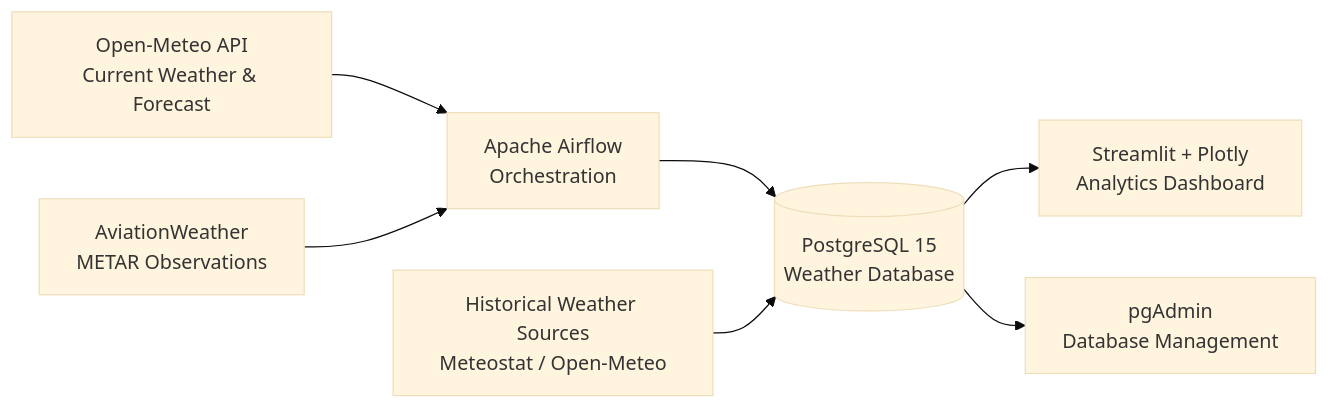
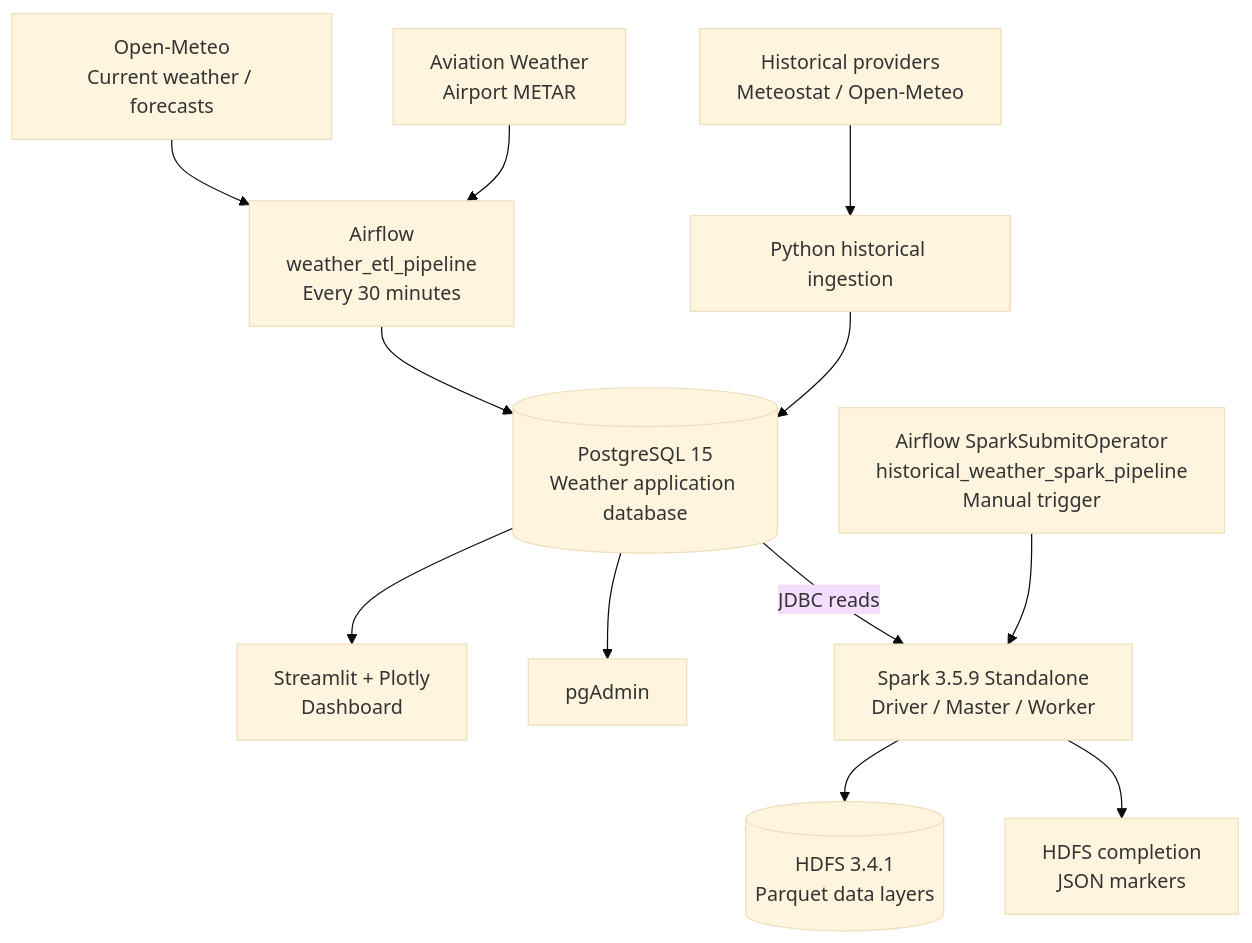
The first of 2 diagrams in README.md (Avdatek5003/Weather-Data-Engineering-Platform), drawn with Mermaid (base theme) before and after one commit. The commit also changed other lines of this file and 3 other files, not shown here.

Commit message:
docs: finalize project README and harden Spark Airflow configuration

````diff
--- a/README.md
+++ b/README.md
@@ -40,23 +50,28 @@
 ```mermaid
-flowchart LR
+flowchart TB
+    OM["Open-Meteo<br/>Current weather / forecasts"]
+    METAR["Aviation Weather<br/>Airport METAR"]
+    HIST["Historical providers<br/>Meteostat / Open-Meteo"]
 
-    OM["Open-Meteo API<br/>Current Weather & Forecast"]
-    METAR["AviationWeather<br/>METAR Observations"]
-    HIST["Historical Weather Sources<br/>Meteostat / Open-Meteo"]
+    ING["Airflow<br/>weather_etl_pipeline<br/>Every 30 minutes"]
+    HISTING["Python historical ingestion"]
+    PG[("PostgreSQL 15<br/>Weather application database")]
+    DASH["Streamlit + Plotly<br/>Dashboard"]
+    ADMIN["pgAdmin"]
 
-    AF["Apache Airflow<br/>Orchestration"]
+    BATCH["Airflow SparkSubmitOperator<br/>historical_weather_spark_pipeline<br/>Manual trigger"]
+    SPARK["Spark 3.5.9 Standalone<br/>Driver / Master / Worker"]
+    LAKE[("HDFS 3.4.1<br/>Parquet data layers")]
+    DONE["HDFS completion<br/>JSON markers"]
 
-    PG[("PostgreSQL 15<br/>Weather Database")]
-
-    ST["Streamlit + Plotly<br/>Analytics Dashboard"]
-    PA["pgAdmin<br/>Database Management"]
-
-    OM --> AF
-    METAR --> AF
-
-    AF --> PG
-    HIST --> PG
-
-    PG --> ST
-    PG --> PA
+    OM --> ING
+    METAR --> ING
+    ING --> PG
+    HIST --> HISTING --> PG
+    PG --> DASH
+    PG --> ADMIN
+    PG -->|"JDBC reads"| SPARK
+    BATCH --> SPARK
+    SPARK --> LAKE
+    SPARK --> DONE
 ```
````
